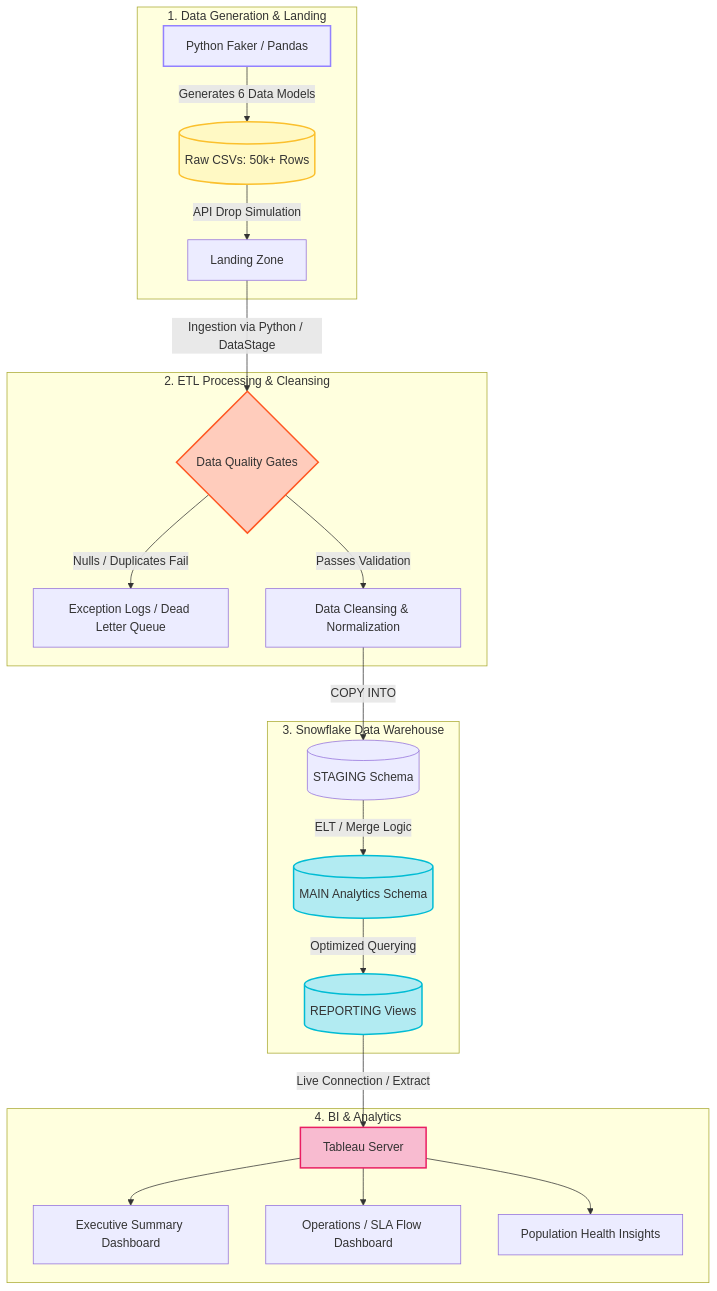
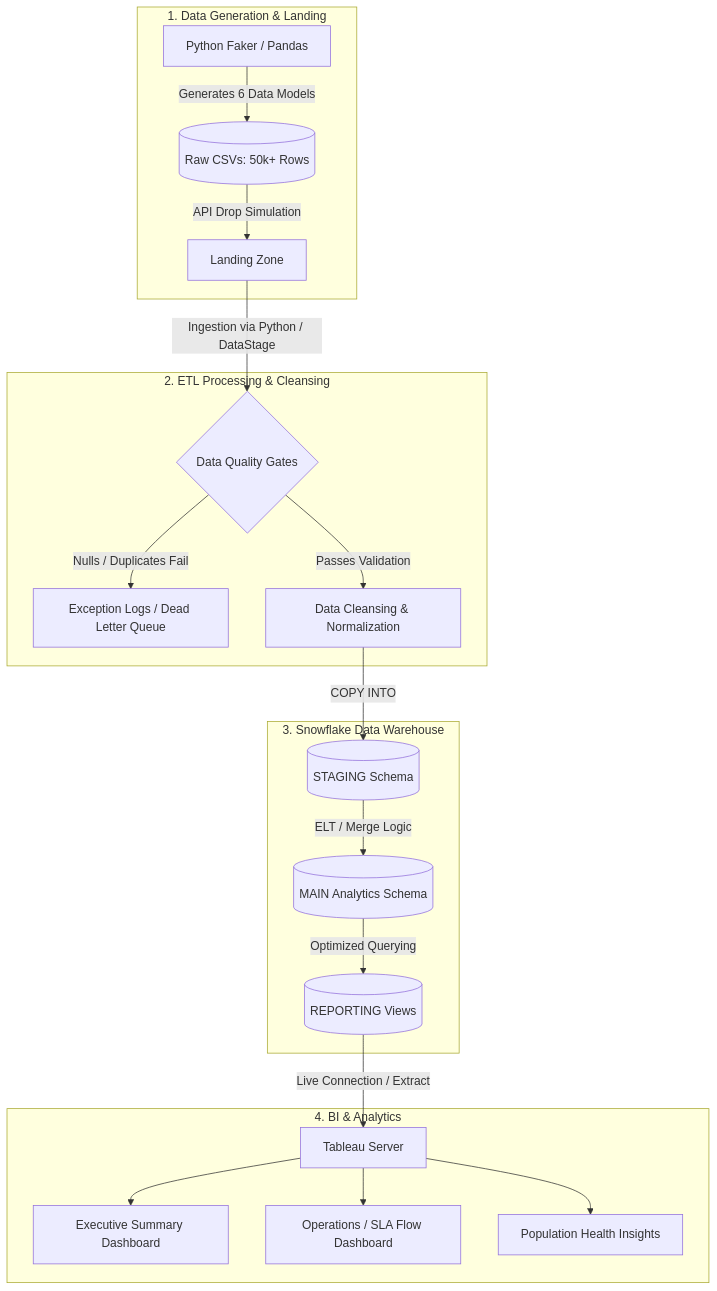
The diagram in README.md (yaswanth2512/Healthcare_Analytics_Project), drawn with Mermaid before and after one commit.

Commit message:
Fix architecture diagram readability by adopting native GitHub theme styles

````diff
--- a/README.md
+++ b/README.md
@@ -26,33 +26,28 @@
 ```mermaid
 graph TD
     subgraph 1. Data Generation & Landing
         A[Python Faker / Pandas] -->|Generates 6 Data Models| B[(Raw CSVs: 50k+ Rows)]
         B -->|API Drop Simulation| C[Landing Zone]
     end
 
     subgraph 2. ETL Processing & Cleansing
         C -->|Ingestion via Python / DataStage| D{Data Quality Gates}
         D -->|Nulls / Duplicates Fail| E[Exception Logs / Dead Letter Queue]
         D -->|Passes Validation| F[Data Cleansing & Normalization]
     end
 
     subgraph 3. Snowflake Data Warehouse
         F -->|COPY INTO| G[(STAGING Schema)]
         G -->|ELT / Merge Logic| H[(MAIN Analytics Schema)]
         H -->|Optimized Querying| I[(REPORTING Views)]
     end
 
     subgraph 4. BI & Analytics
         I -->|Live Connection / Extract| J[Tableau Server]
         J --> K[Executive Summary Dashboard]
         J --> L[Operations / SLA Flow Dashboard]
         J --> M[Population Health Insights]
     end
     
-    style A fill:#ececff,stroke:#9381ff,stroke-width:2px
-    style B fill:#fff9c4,stroke:#fbc02d,stroke-width:2px
-    style D fill:#ffccbc,stroke:#ff5722,stroke-width:2px
-    style H fill:#b2ebf2,stroke:#00bcd4,stroke-width:2px
-    style I fill:#b2ebf2,stroke:#00bcd4,stroke-width:2px
-    style J fill:#f8bbd0,stroke:#e91e63,stroke-width:2px
+    %% Styling natively handled by GitHub themes for maximum readability
 ```
````
